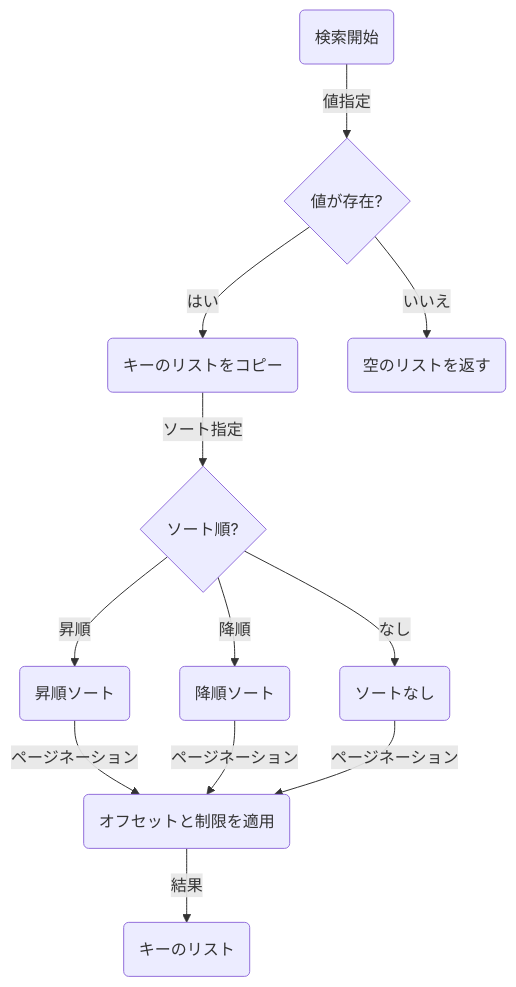
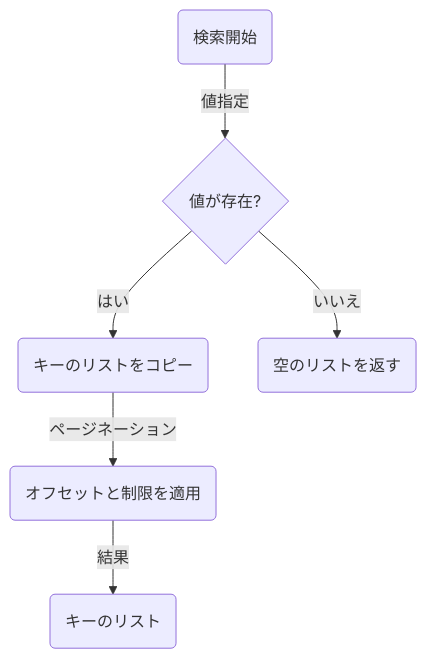
Before and after one commit to ssig33/fuckbase: the fifth of 8 diagrams in textbooks/07_index_algorithm.md, drawn with Mermaid. The commit also changed other lines of this file and 8 other files, not shown here.

````diff
--- a/textbooks/07_index_algorithm.md
+++ b/textbooks/07_index_algorithm.md
@@ -104,14 +104,8 @@
 ```mermaid
 graph TD
     A("検索開始") -->|値指定| B{"値が存在?"}
     B -->|はい| C("キーのリストをコピー")
     B -->|いいえ| D("空のリストを返す")
-    C -->|ソート指定| E{"ソート順?"}
-    E -->|昇順| F("昇順ソート")
-    E -->|降順| G("降順ソート")
-    E -->|なし| H("ソートなし")
-    F -->|ページネーション| I("オフセットと制限を適用")
-    G -->|ページネーション| I
-    H -->|ページネーション| I
+    C -->|ページネーション| I("オフセットと制限を適用")
     I -->|結果| J("キーのリスト")
 ```
````
